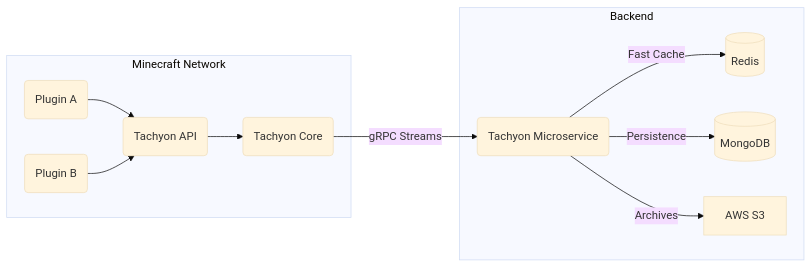
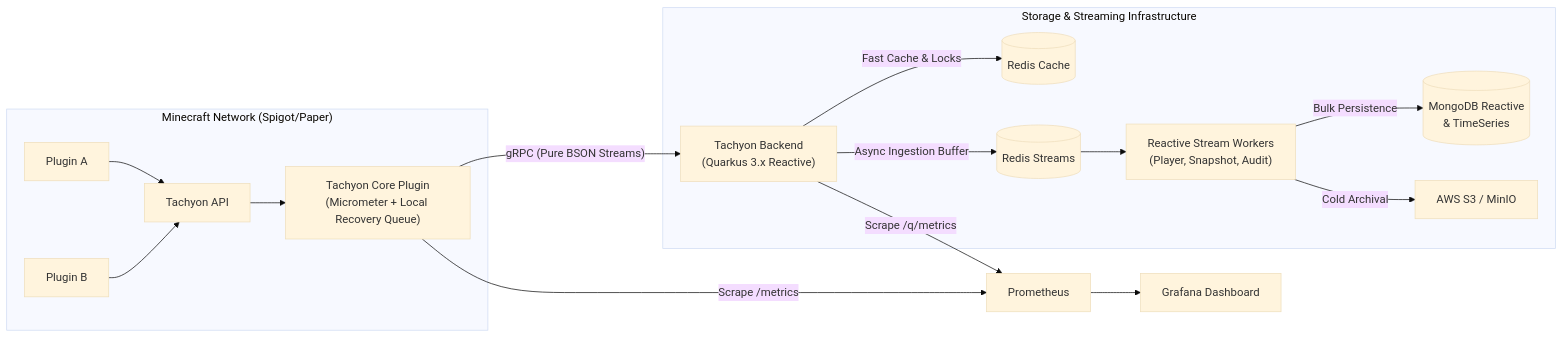
The diagram in README.md (vSKAH/Tachyon), drawn with Mermaid (base theme) before and after one commit. The commit also changed other lines of this file, not shown here.

````diff
--- a/README.md
+++ b/README.md
@@ -72,16 +56,22 @@
 ```mermaid
 graph LR
-    subgraph Minecraft Network
-        P1(Plugin A) --> API(Tachyon API)
-        P2(Plugin B) --> API
-        API --> Core(Tachyon Core)
+    subgraph "Minecraft Network (Spigot/Paper)"
+        P1["Plugin A"] --> API["Tachyon API"]
+        P2["Plugin B"] --> API
+        API --> Core["Tachyon Core Plugin\n(Micrometer + Local Recovery Queue)"]
     end
 
-    Core -- gRPC Streams --> Service(Tachyon Microservice)
+    Core -- "gRPC (Pure BSON Streams)" --> Service["Tachyon Backend\n(Quarkus 3.x Reactive)"]
 
-    subgraph Backend
-        Service -- Fast Cache --> Redis[(Redis)]
-        Service -- Persistence --> Mongo[(MongoDB)]
-        Service -- Archives --> S3[AWS S3]
+    subgraph "Storage & Streaming Infrastructure"
+        Service -- "Fast Cache & Locks" --> RedisCache[("Redis Cache")]
+        Service -- "Async Ingestion Buffer" --> RedisStreams[("Redis Streams")]
+        RedisStreams --> Workers["Reactive Stream Workers\n(Player, Snapshot, Audit)"]
+        Workers -- "Bulk Persistence" --> Mongo[("MongoDB Reactive\n& TimeSeries")]
+        Workers -- "Cold Archival" --> S3["AWS S3 / MinIO"]
     end
+
+    Core -- "Scrape /metrics" --> Prometheus["Prometheus"]
+    Service -- "Scrape /q/metrics" --> Prometheus
+    Prometheus --> Grafana["Grafana Dashboard"]
 ```
````
